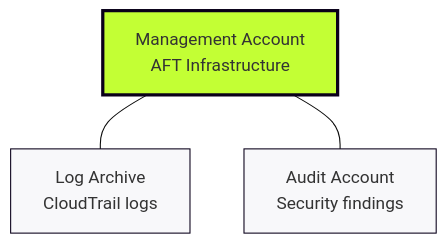
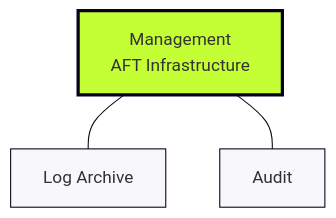
The first of 2 diagrams in slides/01-aft-overview.md (ken-createfuture-demo/aft-demo-presentation), drawn with Mermaid (base theme) before and after one commit. The commit also changed other lines of this file, not shown here.

Commit message:
Add AFT presentation with slides and documentation

````diff
--- a/slides/01-aft-overview.md
+++ b/slides/01-aft-overview.md
@@ -37,10 +32,10 @@
 ```mermaid
 graph TD
-    MA[Management Account<br/>AFT Infrastructure] 
-    MA --- LA[Log Archive<br/>CloudTrail logs]
-    MA --- AA[Audit Account<br/>Security findings]
+    MA[Management<br/>AFT Infrastructure] 
+    MA --- LA[Log Archive]
+    MA --- AA[Audit]
     
     style MA fill:#C3FF34,stroke:#0A001A,stroke-width:3px
     style LA fill:#F8F8FA,stroke:#0A001A
     style AA fill:#F8F8FA,stroke:#0A001A
 ```
````
